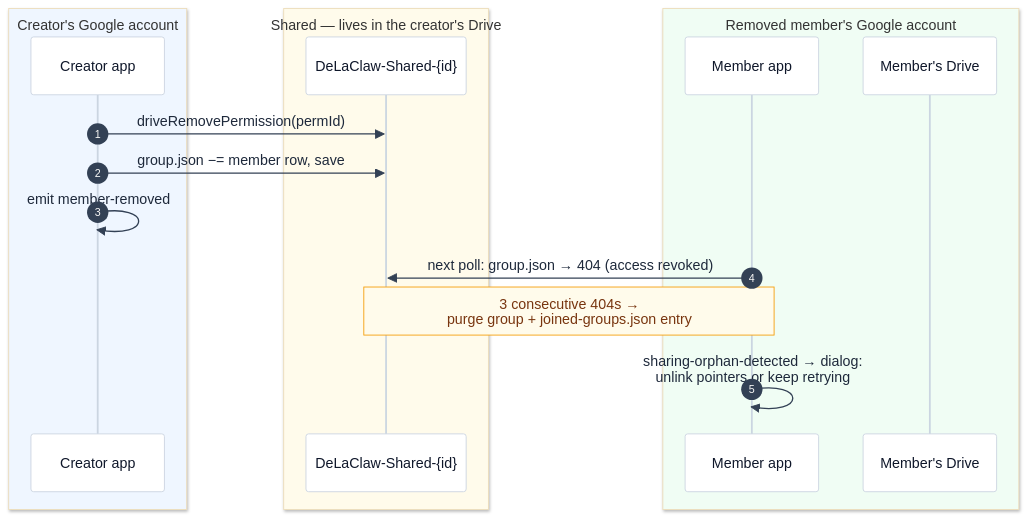
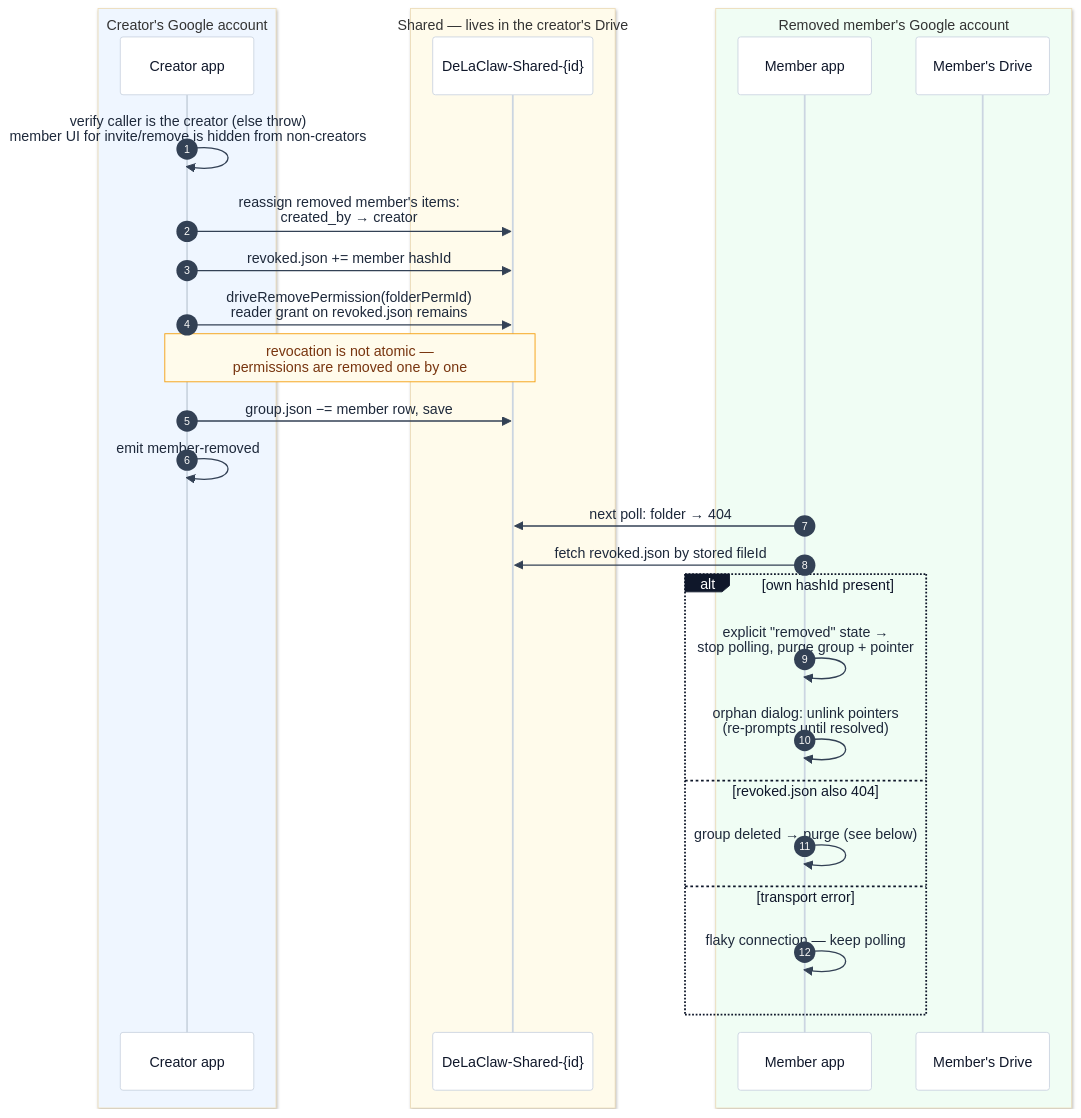
The seventh of 9 diagrams in docs-site/sharing.md (AntGro/DeLaClaw), drawn with Mermaid before and after one commit. The commit also changed other lines of this file and 6 other files, not shown here.

First line of the commit message:
docs(sharing): target design — 14 decided questions in flows and contract

````diff
--- a/docs-site/sharing.md
+++ b/docs-site/sharing.md
@@ -288,22 +289,33 @@
 ```mermaid
 %%{init: {'theme': 'base', 'themeVariables': {'background': '#fbfaf8', 'actorBkg': '#ffffff', 'actorBorder': '#cbd5e1', 'actorTextColor': '#0f172a', 'actorLineColor': '#cbd5e1', 'signalColor': '#334155', 'signalTextColor': '#1e293b', 'noteBkgColor': '#fffbeb', 'noteBorderColor': '#f59e0b', 'noteTextColor': '#78350f', 'labelBoxBkgColor': '#0f172a', 'labelBoxBorderColor': '#0f172a', 'labelTextColor': '#ffffff'}}}%%
 sequenceDiagram
     autonumber
     box rgb(239,246,255) Creator's Google account
     participant CA as Creator app
     end
     box rgb(255,251,235) Shared — lives in the creator's Drive
     participant SF as DeLaClaw-Shared-{id}
     end
     box rgb(240,253,244) Removed member's Google account
     participant MA as Member app
     participant MD as Member's Drive
     end
 
-    CA->>SF: driveRemovePermission(permId)
+    CA->>CA: verify caller is the creator (else throw)<br/>member UI for invite/remove is hidden from non-creators
+    CA->>SF: reassign removed member's items:<br/>created_by → creator
+    CA->>SF: revoked.json += member hashId
+    CA->>SF: driveRemovePermission(folderPermId)<br/>reader grant on revoked.json remains
+    Note over CA,SF: revocation is not atomic —<br/>permissions are removed one by one
     CA->>SF: group.json −= member row, save
     CA->>CA: emit member-removed
-    MA->>SF: next poll: group.json → 404 (access revoked)
-    Note over MA,SF: 3 consecutive 404s →<br/>purge group + joined-groups.json entry
-    MA->>MA: sharing-orphan-detected → dialog:<br/>unlink pointers or keep retrying
+    MA->>SF: next poll: folder → 404
+    MA->>SF: fetch revoked.json by stored fileId
+    alt own hashId present
+    MA->>MA: explicit "removed" state →<br/>stop polling, purge group + pointer
+    MA->>MA: orphan dialog: unlink pointers<br/>(re-prompts until resolved)
+    else revoked.json also 404
+    MA->>MA: group deleted → purge (see below)
+    else transport error
+    MA->>MA: flaky connection — keep polling
+    end
 ```
````
